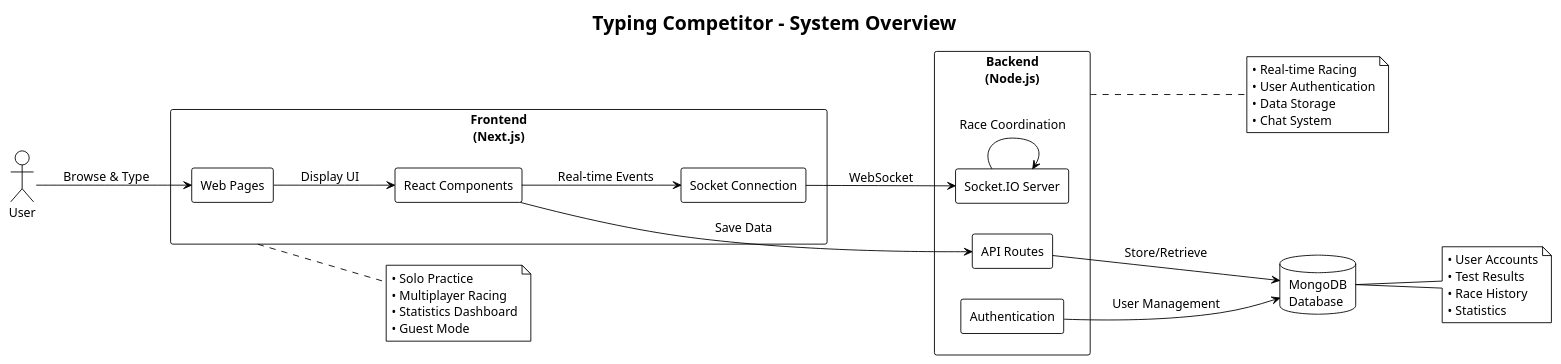
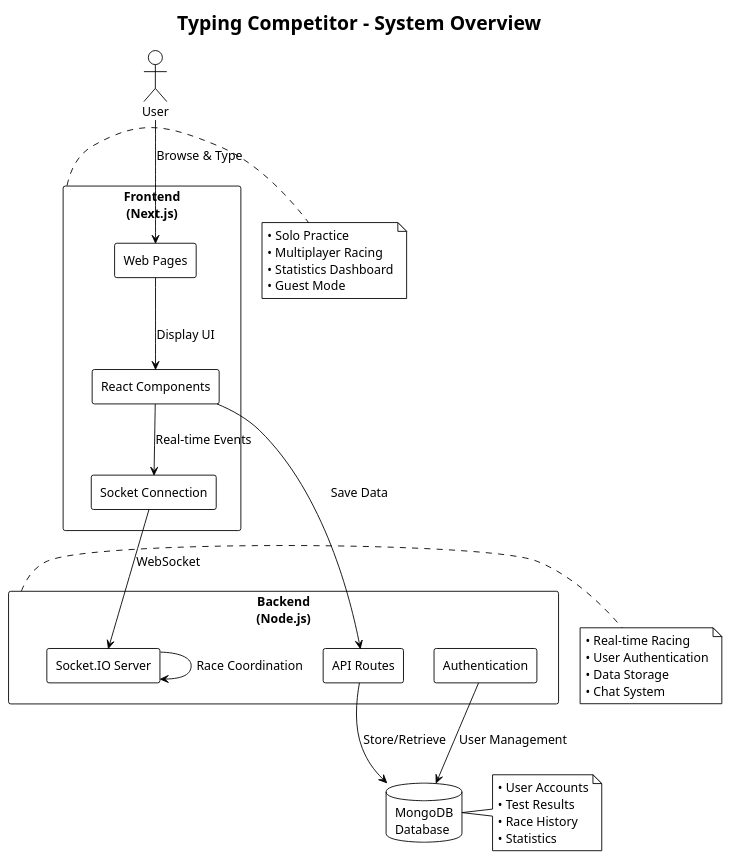
Before and after one commit to manojkrr/Typing-Competitor: the diagram in assets/architecture.puml, drawn with PlantUML. The commit also changed 3 other files, not shown here.

```diff
--- a/assets/architecture.puml
+++ b/assets/architecture.puml
@@ -1,62 +1,60 @@
 @startuml Simple Architecture
 
 title Typing Competitor - System Overview
 
 !theme plain
 skinparam backgroundColor white
 skinparam defaultFontSize 14
-
-left to right direction
 
 ' User
 actor User
 
 ' Frontend
 rectangle "Frontend\n(Next.js)" as Frontend {
   rectangle "Web Pages" as Pages
   rectangle "React Components" as Components
   rectangle "Socket Connection" as Socket
 }
 
 ' Backend
 rectangle "Backend\n(Node.js)" as Backend {
   rectangle "API Routes" as API
   rectangle "Socket.IO Server" as SocketServer
   rectangle "Authentication" as Auth
 }
 
 ' Database
 database "MongoDB\nDatabase" as DB
 
 ' Connections
 User --> Pages : Browse & Type
 Pages --> Components : Display UI
 Components --> Socket : Real-time Events
 Socket --> SocketServer : WebSocket
 Components --> API : Save Data
 API --> DB : Store/Retrieve
 Auth --> DB : User Management
 SocketServer --> SocketServer : Race Coordination
 
 note right of Frontend
   • Solo Practice
   • Multiplayer Racing
   • Statistics Dashboard
   • Guest Mode
 end note
 
 note right of Backend
   • Real-time Racing
   • User Authentication
   • Data Storage
   • Chat System
 end note
 
 note right of DB
   • User Accounts
   • Test Results
   • Race History
   • Statistics
 end note
 
 @enduml
```
